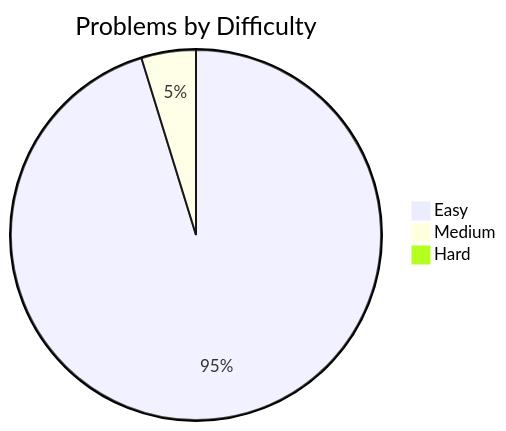
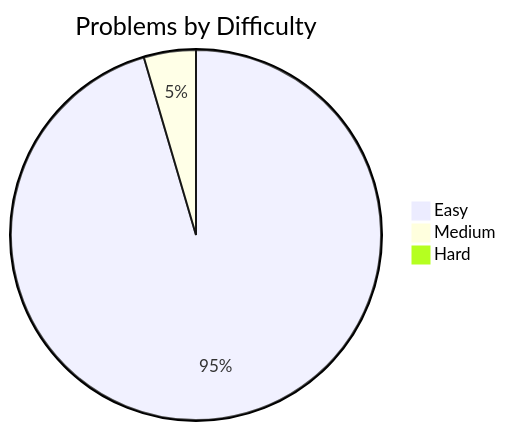
One commit to davelin18yufan/leetcode-journal changed the diagram in README.md. Above: the diagram before and after it, drawn with Mermaid. The commit also changed other lines of this file and 1 other file, not shown here.

````diff
--- a/README.md
+++ b/README.md
@@ -9,7 +9,7 @@
 ```mermaid
 pie
     title Problems by Difficulty
-    "Easy" : 20
+    "Easy" : 21
     "Medium" : 1
     "Hard" : 0
 ```
````
